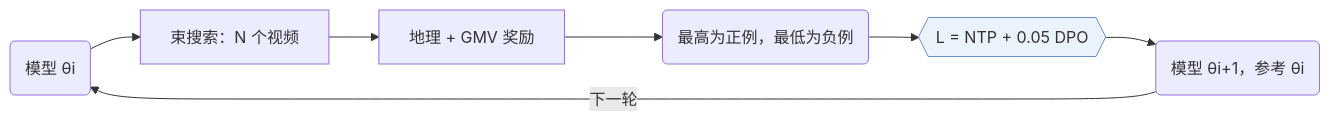
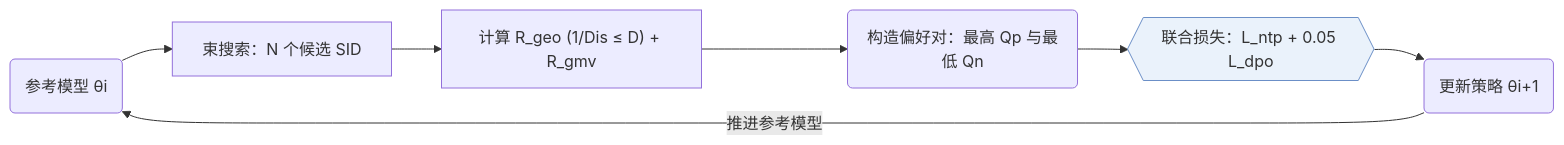
The second of 2 diagrams in notes/zh/oneloc.md (Galaxy-ghost/Awesome-SID-Generative-Rec), drawn with Mermaid before and after one commit. The commit also changed other lines of this file and 649 other files, not shown here.

Commit message:
writer-05: also tags and modality index (schema, check, build, visuals); summary field removed; calibration data for 12 papers

````diff
--- a/notes/zh/oneloc.md
+++ b/notes/zh/oneloc.md
@@ -132,10 +133,10 @@
 ```mermaid
 flowchart LR
-    M("模型 θi") --> B["束搜索：N 个视频"]
-    B --> R["地理 + GMV 奖励"]
-    R --> P("最高为正例，最低为负例")
-    P --> L{{"L = NTP + 0.05 DPO"}}:::key
-    L --> N("模型 θi+1，参考 θi")
-    N -->|下一轮| M
+    M("参考模型 θi") --> B["束搜索：N 个候选 SID"]
+    B --> R["计算 R_geo (1/Dis ≤ D) + R_gmv"]
+    R --> P("构造偏好对：最高 Qp 与最低 Qn")
+    P --> L{{"联合损失：L_ntp + 0.05 L_dpo"}}:::key
+    L --> N("更新策略 θi+1")
+    N -->|"推进参考模型"| M
     classDef key fill:#eaf2fb,stroke:#6b8fc7
 ```
````
